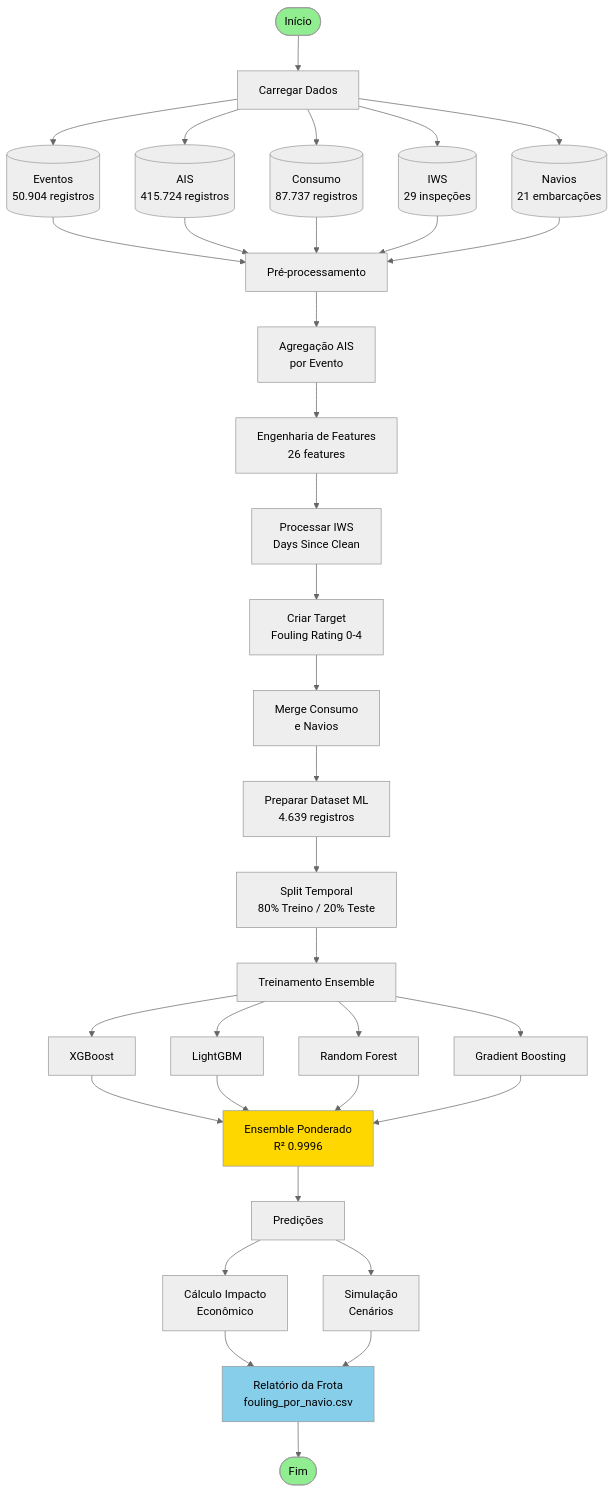
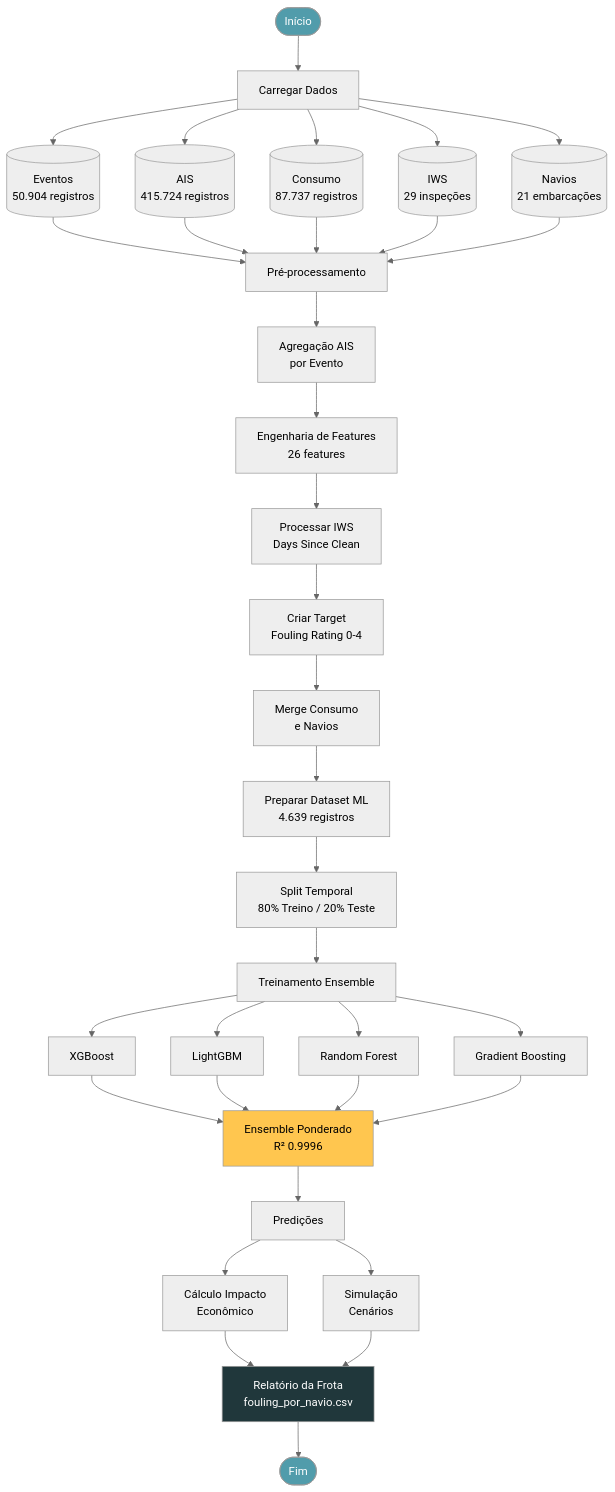
Before and after one commit to bryanjulio/nexus_transpetro: the first of 9 diagrams in DIAGRAMAS.md, drawn with Mermaid (neutral theme). The commit also changed other lines of this file and 1 other file, not shown here.

Commit message:
style: Update diagram colors for improved visibility and contrast; add team member details to README

````diff
--- a/DIAGRAMAS.md
+++ b/DIAGRAMAS.md
@@ -11,52 +11,52 @@
 ```mermaid
 graph TB
     Start([Início]) --> LoadData[Carregar Dados]
 
     LoadData --> Data1[(Eventos<br/>50.904 registros)]
     LoadData --> Data2[(AIS<br/>415.724 registros)]
     LoadData --> Data3[(Consumo<br/>87.737 registros)]
     LoadData --> Data4[(IWS<br/>29 inspeções)]
     LoadData --> Data5[(Navios<br/>21 embarcações)]
 
     Data1 --> Preprocess[Pré-processamento]
     Data2 --> Preprocess
     Data3 --> Preprocess
     Data4 --> Preprocess
     Data5 --> Preprocess
 
     Preprocess --> AggAIS[Agregação AIS<br/>por Evento]
     AggAIS --> Features[Engenharia de Features<br/>26 features]
 
     Features --> IWS[Processar IWS<br/>Days Since Clean]
     IWS --> Target[Criar Target<br/>Fouling Rating 0-4]
 
     Target --> Merge[Merge Consumo<br/>e Navios]
     Merge --> PrepML[Preparar Dataset ML<br/>4.639 registros]
 
     PrepML --> Split[Split Temporal<br/>80% Treino / 20% Teste]
 
     Split --> Train[Treinamento Ensemble]
     Train --> XGB[XGBoost]
     Train --> LGB[LightGBM]
     Train --> RF[Random Forest]
     Train --> GB[Gradient Boosting]
 
     XGB --> Ensemble[Ensemble Ponderado<br/>R² 0.9996]
     LGB --> Ensemble
     RF --> Ensemble
     GB --> Ensemble
 
     Ensemble --> Predict[Predições]
     Predict --> Impact[Cálculo Impacto<br/>Econômico]
     Predict --> Scenarios[Simulação<br/>Cenários]
 
     Impact --> Report[Relatório da Frota<br/>fouling_por_navio.csv]
     Scenarios --> Report
 
     Report --> End([Fim])
 
-    style Start fill:#90EE90
-    style End fill:#90EE90
-    style Ensemble fill:#FFD700
-    style Report fill:#87CEEB
+    style Start fill:#519CAB,color:#FFF
+    style End fill:#519CAB,color:#FFF
+    style Ensemble fill:#FFC64F,color:#000
+    style Report fill:#20373B,color:#FFF
 ```
````
